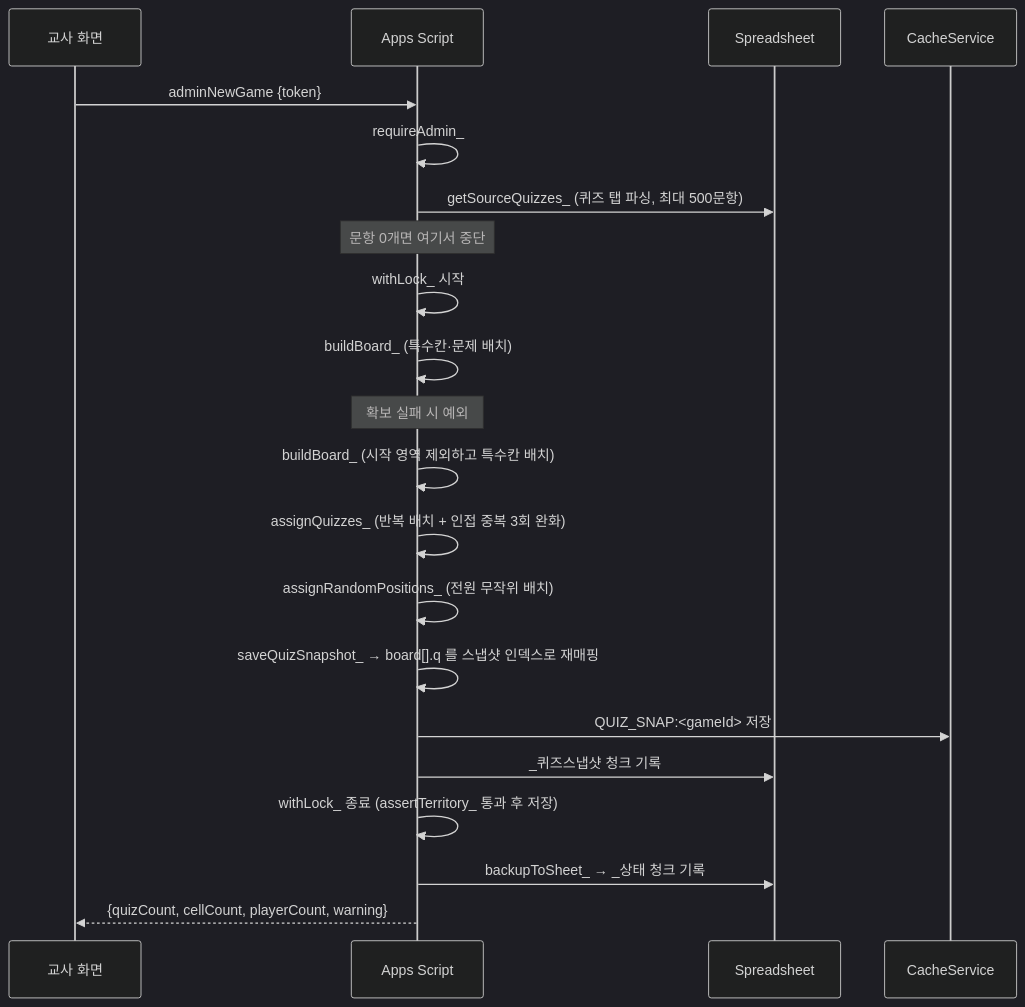
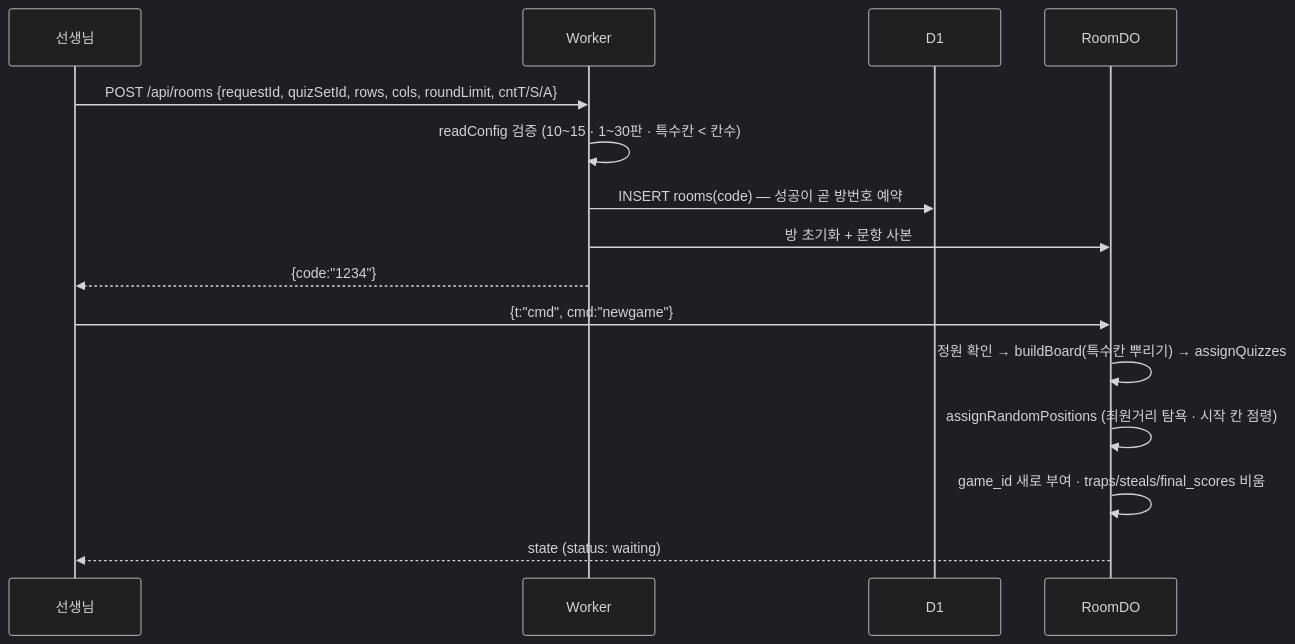
Before and after one commit to nillili/treasure-island-conquest: the seventh of 9 diagrams in docs/PROJECT_SPEC.md, drawn with Mermaid (dark theme). The commit also changed other lines of this file and 13 other files, not shown here.

````diff
--- a/docs/PROJECT_SPEC.md
+++ b/docs/PROJECT_SPEC.md
@@ -560,24 +709,19 @@
 ```mermaid
 sequenceDiagram
-    participant T as 교사 화면
-    participant G as Apps Script
-    participant S as Spreadsheet
-    participant C as CacheService
+    participant T as 선생님
+    participant W as Worker
+    participant D1 as D1
+    participant R as RoomDO
 
-    T->>G: adminNewGame {token}
-    G->>G: requireAdmin_
-    G->>S: getSourceQuizzes_ (퀴즈 탭 파싱, 최대 500문항)
-    Note over G: 문항 0개면 여기서 중단
-    G->>G: withLock_ 시작
-    G->>G: buildBoard_ (특수칸·문제 배치)
-    Note over G: 확보 실패 시 예외
-    G->>G: buildBoard_ (시작 영역 제외하고 특수칸 배치)
-    G->>G: assignQuizzes_ (반복 배치 + 인접 중복 3회 완화)
-    G->>G: assignRandomPositions_ (전원 무작위 배치)
-    G->>G: saveQuizSnapshot_ → board[].q 를 스냅샷 인덱스로 재매핑
-    G->>C: QUIZ_SNAP:<gameId> 저장
-    G->>S: _퀴즈스냅샷 청크 기록
-    G->>G: withLock_ 종료 (assertTerritory_ 통과 후 저장)
-    G->>S: backupToSheet_ → _상태 청크 기록
-    G-->>T: {quizCount, cellCount, playerCount, warning}
+    T->>W: POST /api/rooms {requestId, quizSetId, rows, cols, roundLimit, cntT/S/A}
+    W->>W: readConfig 검증 (10~15 · 1~30판 · 특수칸 < 칸수)
+    W->>D1: INSERT rooms(code) — 성공이 곧 방번호 예약
+    W->>R: 방 초기화 + 문항 사본
+    W-->>T: {code:"1234"}
+
+    T->>R: {t:"cmd", cmd:"newgame"}
+    R->>R: 정원 확인 → buildBoard(특수칸 뿌리기) → assignQuizzes
+    R->>R: assignRandomPositions (최원거리 탐욕 · 시작 칸 점령)
+    R->>R: game_id 새로 부여 · traps/steals/final_scores 비움
+    R-->>T: state (status: waiting)
 ```
````
